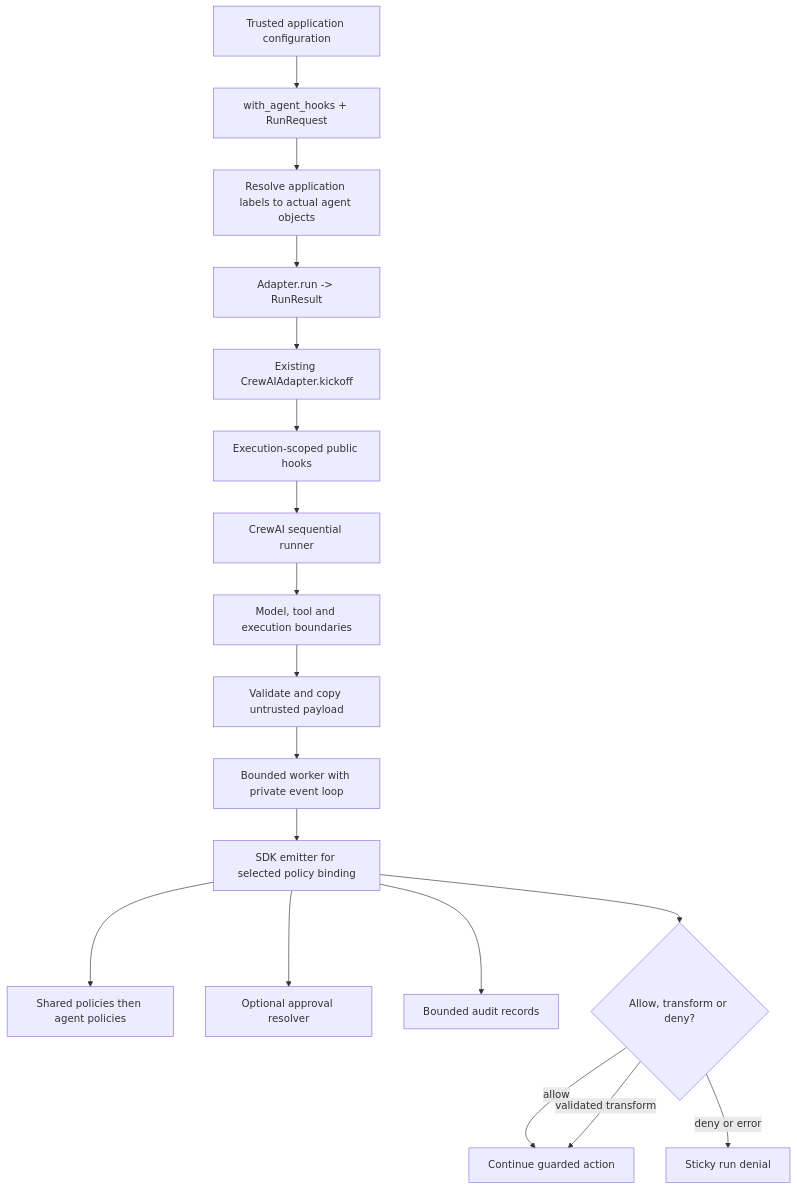
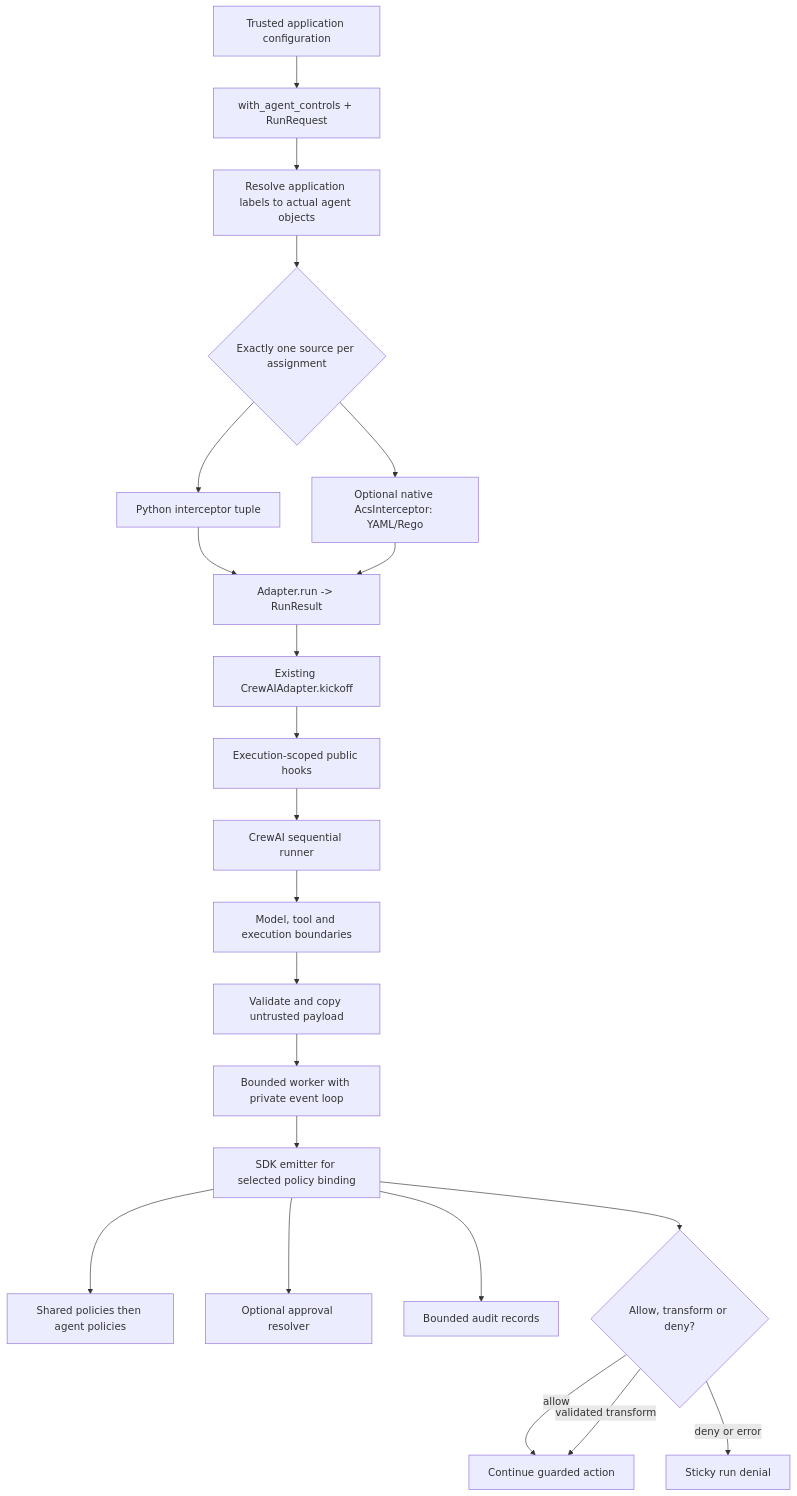
One commit to prayagupa/agent-control-adapters changed the first of 2 diagrams in docs/architecture.md. Above: the diagram before and after it, drawn with Mermaid. The commit also changed other lines of this file and 39 other files, not shown here.

First line of the commit message:
feat(crewai): add native and ACS agent controls

````diff
--- a/docs/architecture.md
+++ b/docs/architecture.md
@@ -22,20 +24,24 @@
 ```mermaid
 flowchart TB
-    App["Trusted application configuration"] --> API["with_agent_hooks + RunRequest"]
+    App["Trusted application configuration"] --> API["with_agent_controls + RunRequest"]
     API --> Bind["Resolve application labels to actual agent objects"]
-    Bind --> Run["Adapter.run -> RunResult"]
+    Bind --> Source{"Exactly one source per assignment"}
+    Source --> Native["Python interceptor tuple"]
+    Source --> ACS["Optional native AcsInterceptor: YAML/Rego"]
+    Native --> Run["Adapter.run -> RunResult"]
+    ACS --> Run
     Run --> Adapter["Existing CrewAIAdapter.kickoff"]
     Adapter --> Scope["Execution-scoped public hooks"]
     Scope --> Crew["CrewAI sequential runner"]
     Crew --> Hook["Model, tool and execution boundaries"]
     Hook --> Validate["Validate and copy untrusted payload"]
     Validate --> Worker["Bounded worker with private event loop"]
     Worker --> Emitter["SDK emitter for selected policy binding"]
     Emitter --> Policy["Shared policies then agent policies"]
     Emitter --> Approval["Optional approval resolver"]
     Emitter --> Records["Bounded audit records"]
     Emitter --> Verdict{"Allow, transform or deny?"}
     Verdict -->|allow| Execute["Continue guarded action"]
     Verdict -->|validated transform| Execute
     Verdict -->|deny or error| Abort["Sticky run denial"]
 ```
````
